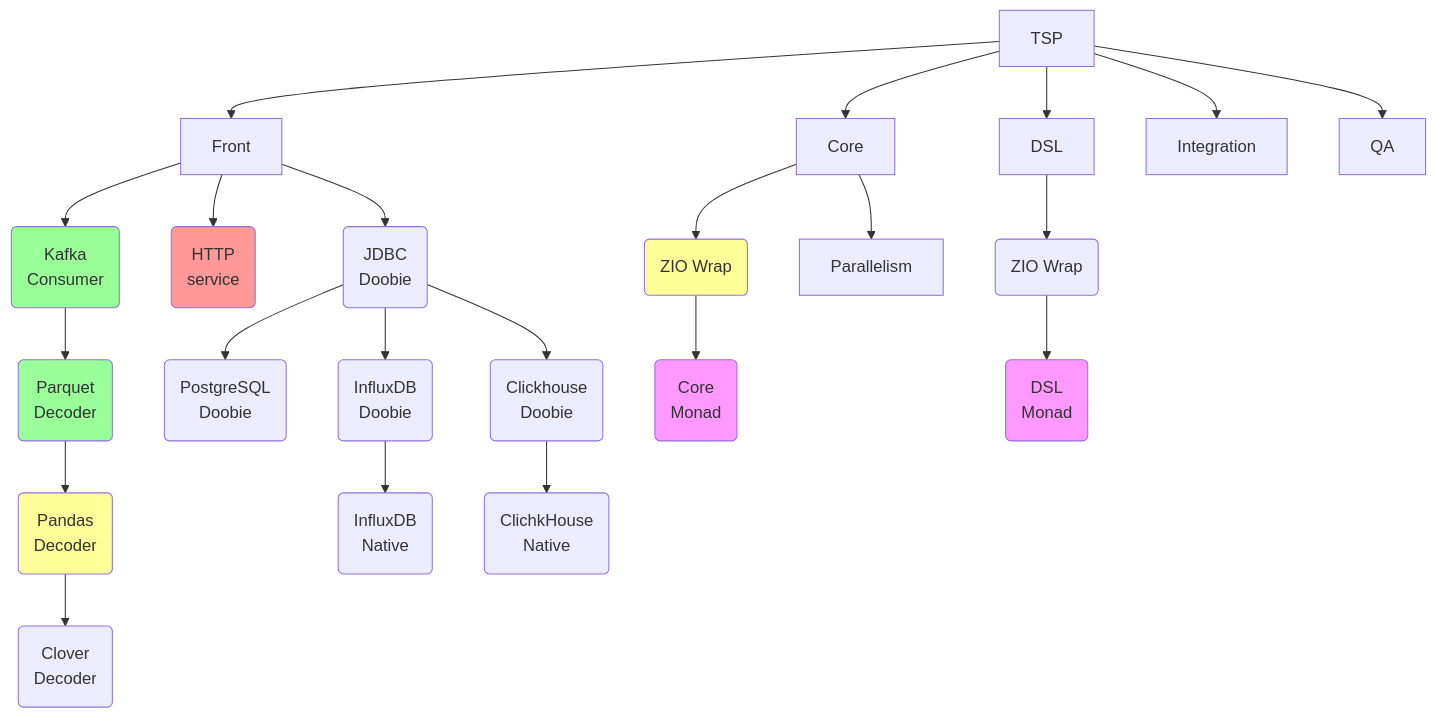
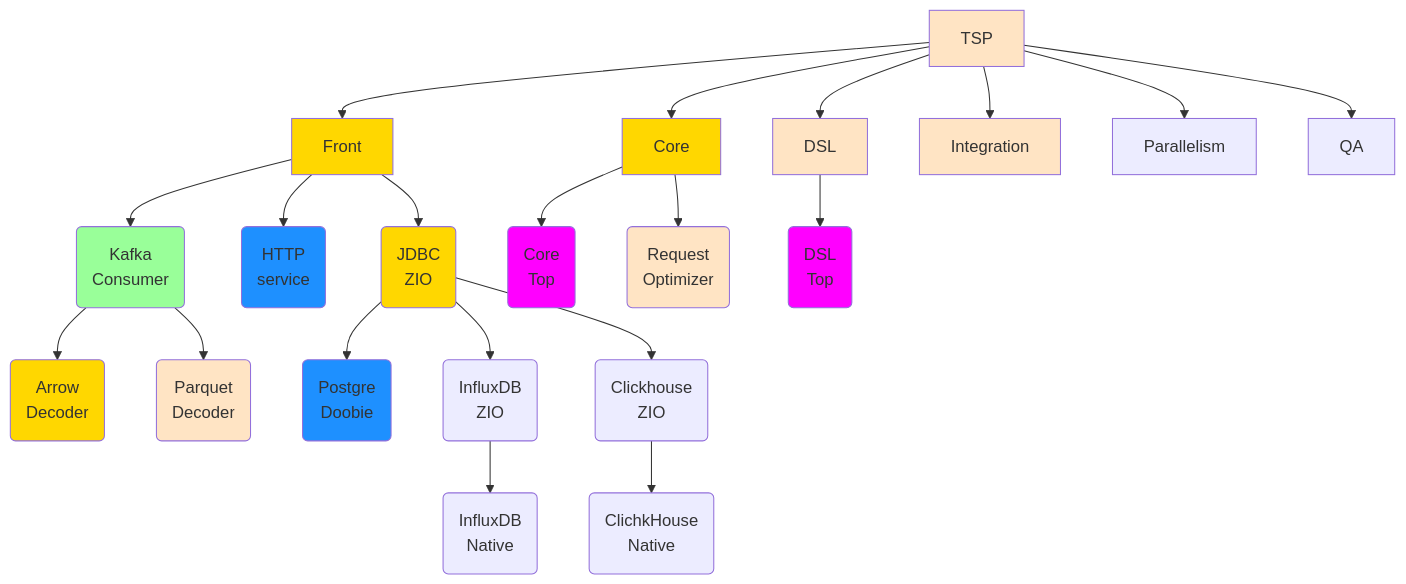
Before and after one commit to Clover-Group/zio_front: the diagram in doc/system.md, drawn with Mermaid. The commit also changed other lines of this file, not shown here.

Commit message:
Updated current TSP tasks status

````diff
--- a/doc/system.md
+++ b/doc/system.md
@@ -36,54 +3,63 @@
 ```mermaid
 graph TD;  
 
   %% Top level
   TSP --> Front
   TSP --> Core
   TSP --> DSL
   TSP --> Integration
+  TSP --> Parallelism
   TSP --> QA
   
   %% Datapath
   Front --> Kafka(Kafka<br>Consumer)
-  Kafka --> Parquet(Parquet<br>Decoder)
-  Parquet --> Pandas(Pandas<br>Decoder)
-  Pandas --> Clover(Clover<br>Decoder)
+  Kafka --> Arrow(Arrow<br>Decoder)
+  Kafka --> Parquet(Parquet<br>Decoder)  
 
   %% HTTP
   Front --> http(HTTP<br>service)
 
   %% JDBC
-  Front --> JDBC(JDBC<br> Doobie)
-  JDBC --> Postgre(PostgreSQL<br>Doobie)
-  JDBC --> WrapInflux(InfluxDB<br>Doobie)
-  JDBC --> WrapCH(Clickhouse<br>Doobie)
+  Front --> JDBC(JDBC<br> ZIO)
+  JDBC --> Postgre(Postgre<br>Doobie)
+  JDBC --> WrapInflux(InfluxDB<br>ZIO)
+  JDBC --> WrapCH(Clickhouse<br>ZIO)
   WrapInflux --> Influx(InfluxDB<br>Native)
   WrapCH --> ClickHouse(ClichkHouse<br>Native)
 
   %% Core
-  Core --> CoreWrap(ZIO Wrap)
-  CoreWrap --> CoreMonad(Core<br>Monad)
-  Core --> Parallelism
+  Core --> CoreWrap(Core<br> Top)
+  Core --> ReqOpt(Request<br> Optimizer)
 
   %% DSL
-  DSL --> WrapDSL(ZIO Wrap)
-  WrapDSL --> DslMonad(DSL<br>Monad);
+  DSL --> DslTop(DSL<br>Top);
   
   %% Styling
 
   %% Ready
   style Kafka fill:#9f9
-  style Parquet fill:#9f9
+  
+  %% Grads 
+  style Postgre fill:dodgerblue
+  style http fill:dodgerblue
 
-  %% Early Stage
-  style Pandas fill:#ff9
-  style CoreWrap fill:#ff9
+  %% Alfa Stage
+  style TSP fill:bisque
+  style DSL fill:bisque  
+  style Integration fill:bisque
+  style ReqOpt fill:bisque
+  style Parquet fill:bisque
+  
+  %% Beta Stage
+  style Arrow fill:gold
+  style Front fill:gold
+  style JDBC fill:gold
+  style Core fill:gold
+  
+  %% Release Candidate
 
-  %% Late Stage
-  style http fill:#f99
-    
   %% Reused
-  style CoreMonad fill:#f9f
-  style DslMonad fill:#f9f
+  style CoreWrap fill:magenta
+  style DslTop fill:magenta
   
 ```
````
